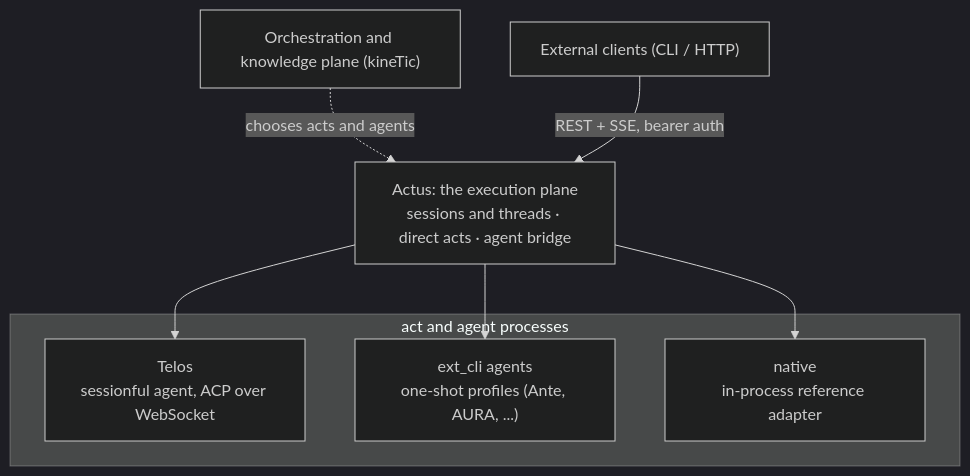
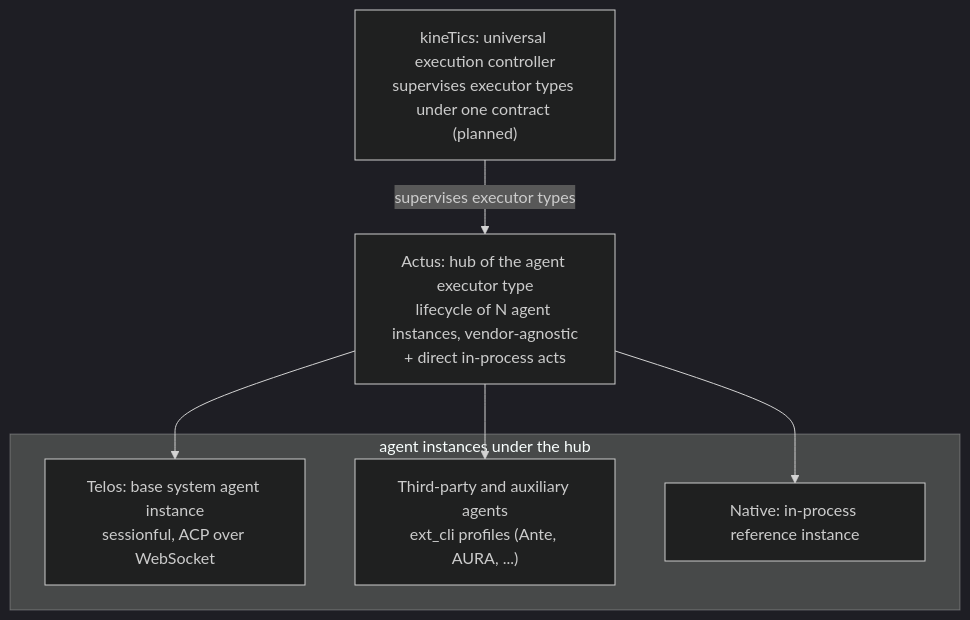
The second of 2 diagrams in README.md (ssccsorg/actus), drawn with Mermaid (dark theme) before and after one commit. The commit also changed other lines of this file, not shown here.

Commit message:
docs: position actus as the kineTic agent hub in the stack section

````diff
--- a/README.md
+++ b/README.md
@@ -399,19 +404,17 @@
 ```mermaid
 flowchart TB
-    Upper["Orchestration and knowledge plane (kineTic)"]
-    Client["External clients (CLI / HTTP)"]
-    Actus["Actus: the execution plane\nsessions and threads · direct acts · agent bridge"]
+    Kine["kineTics: universal execution controller\nsupervises executor types under one contract (planned)"]
+    Actus["Actus: hub of the agent executor type\nlifecycle of N agent instances, vendor-agnostic\n+ direct in-process acts"]
 
-    Upper -.->|chooses acts and agents| Actus
-    Client -->|REST + SSE, bearer auth| Actus
+    Kine -->|supervises executor types| Actus
 
-    subgraph Processes["act and agent processes"]
-        Telos["Telos\nsessionful agent, ACP over WebSocket"]
-        Aux["ext_cli agents\none-shot profiles (Ante, AURA, ...)"]
-        Native["native\nin-process reference adapter"]
+    subgraph Instances["agent instances under the hub"]
+        Telos["Telos: base system agent instance\nsessionful, ACP over WebSocket"]
+        Aux["Third-party and auxiliary agents\next_cli profiles (Ante, AURA, ...)"]
+        Native["Native: in-process reference instance"]
     end
 
     Actus --> Telos
     Actus --> Aux
     Actus --> Native
 ```
````
